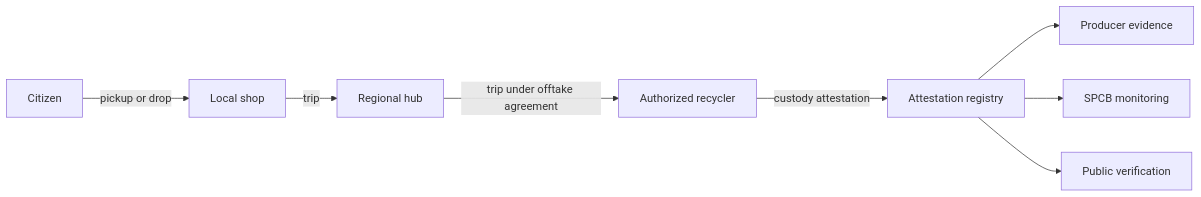
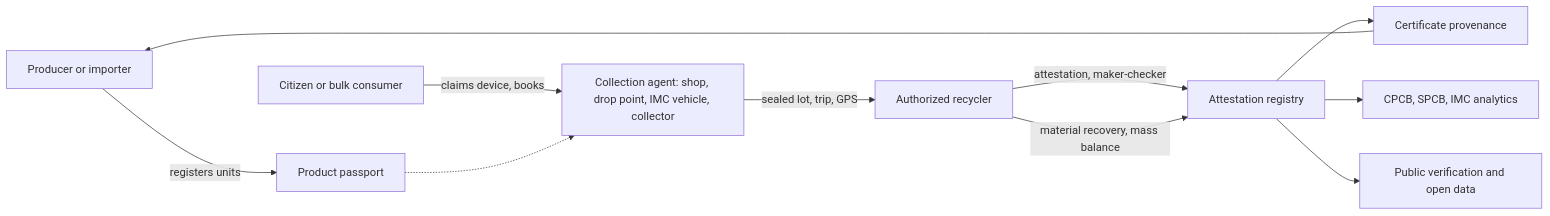
The diagram in docs/prd/10-workflows.md (bharani-01/Yesist), drawn with Mermaid before and after one commit. The commit also changed other lines of this file and 19 other files, not shown here.

````diff
--- a/docs/prd/10-workflows.md
+++ b/docs/prd/10-workflows.md
@@ -38,10 +9,13 @@
 ```mermaid
 flowchart LR
-  citizen[Citizen] -->|pickup or drop| shop[Local shop]
-  shop -->|trip| hub[Regional hub]
-  hub -->|trip under offtake agreement| recycler[Authorized recycler]
-  recycler -->|custody attestation| registry[Attestation registry]
-  registry --> producer[Producer evidence]
-  registry --> spcb[SPCB monitoring]
-  registry --> verify[Public verification]
+  producer[Producer or importer] -->|registers units| passport[Product passport]
+  citizen[Citizen or bulk consumer] -->|claims device, books| agent[Collection agent: shop, drop point, IMC vehicle, collector]
+  passport -.-> agent
+  agent -->|sealed lot, trip, GPS| recycler[Authorized recycler]
+  recycler -->|attestation, maker-checker| registry[Attestation registry]
+  recycler -->|material recovery, mass balance| registry
+  registry --> provenance[Certificate provenance]
+  provenance --> producer
+  registry --> regulators[CPCB, SPCB, IMC analytics]
+  registry --> verify[Public verification and open data]
 ```
````
